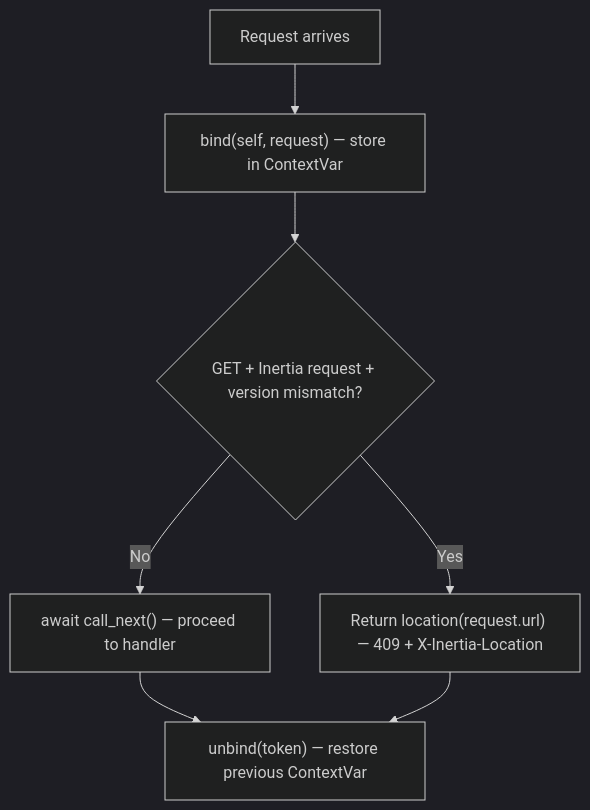
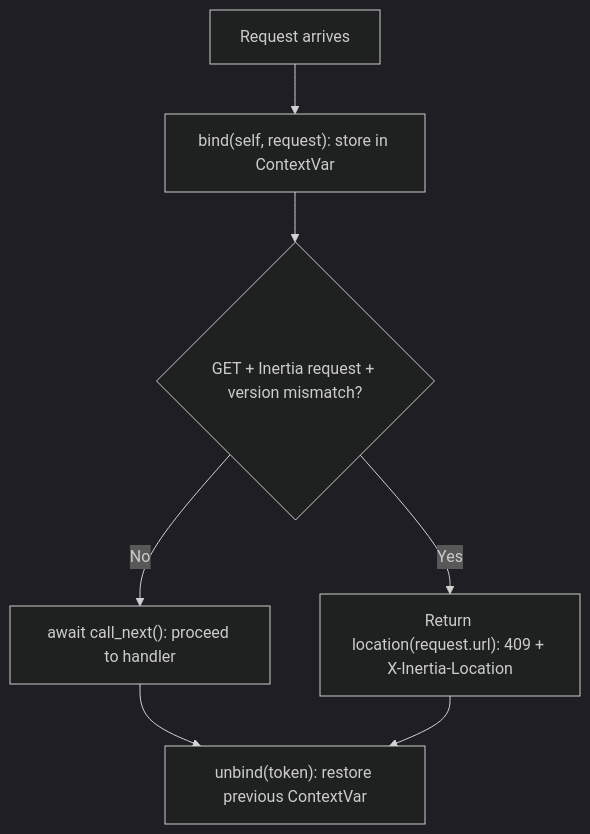
Before and after one commit to sillohq/core: the third of 6 diagrams in docs/docs/src/content/docs/advanced/inertia.md, drawn with Mermaid (dark theme). The commit also changed other lines of this file and 233 other files, not shown here.

````diff
--- a/docs/docs/src/content/docs/advanced/inertia.md
+++ b/docs/docs/src/content/docs/advanced/inertia.md
@@ -362,9 +363,9 @@
 ```mermaid
 graph TD
-    A[Request arrives] --> B["bind(self, request) — store in ContextVar"]
+    A[Request arrives] --> B["bind(self, request): store in ContextVar"]
     B --> C{GET + Inertia request + version mismatch?}
-    C -->|Yes| D["Return location(request.url) — 409 + X-Inertia-Location"]
-    C -->|No| E["await call_next() — proceed to handler"]
-    E --> F["unbind(token) — restore previous ContextVar"]
+    C -->|Yes| D["Return location(request.url): 409 + X-Inertia-Location"]
+    C -->|No| E["await call_next(): proceed to handler"]
+    E --> F["unbind(token): restore previous ContextVar"]
     D --> F
 ```
````
